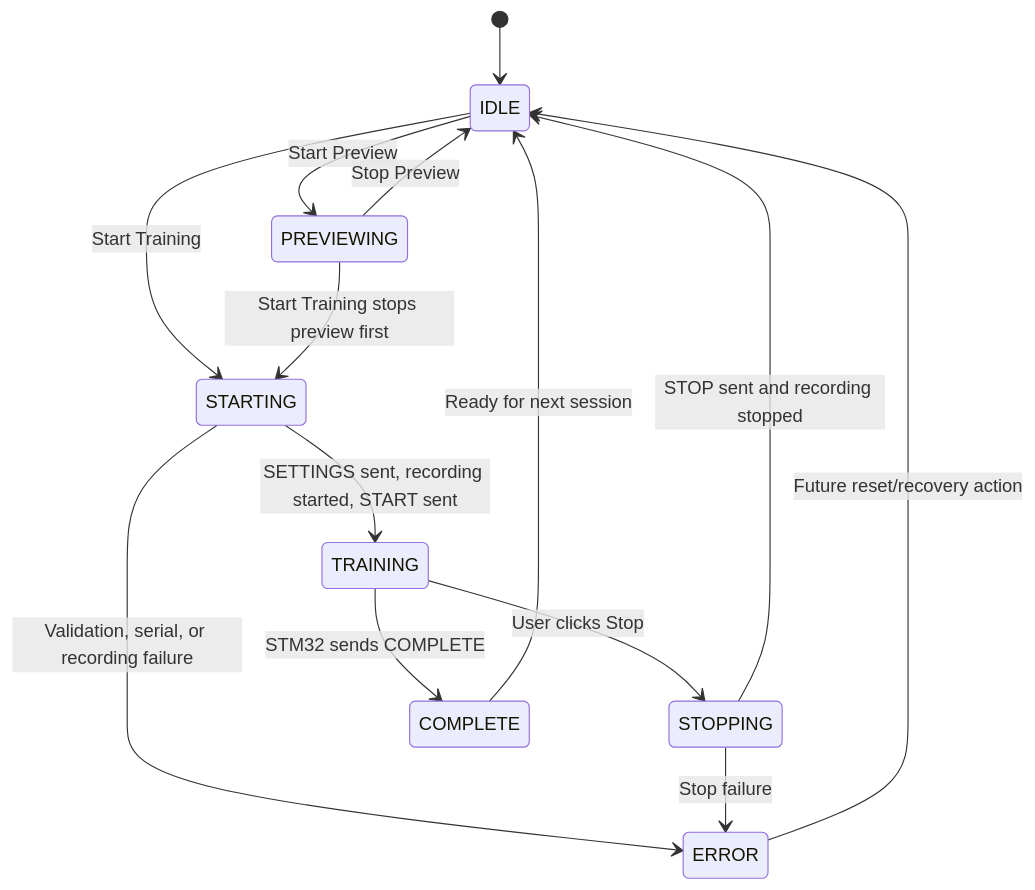
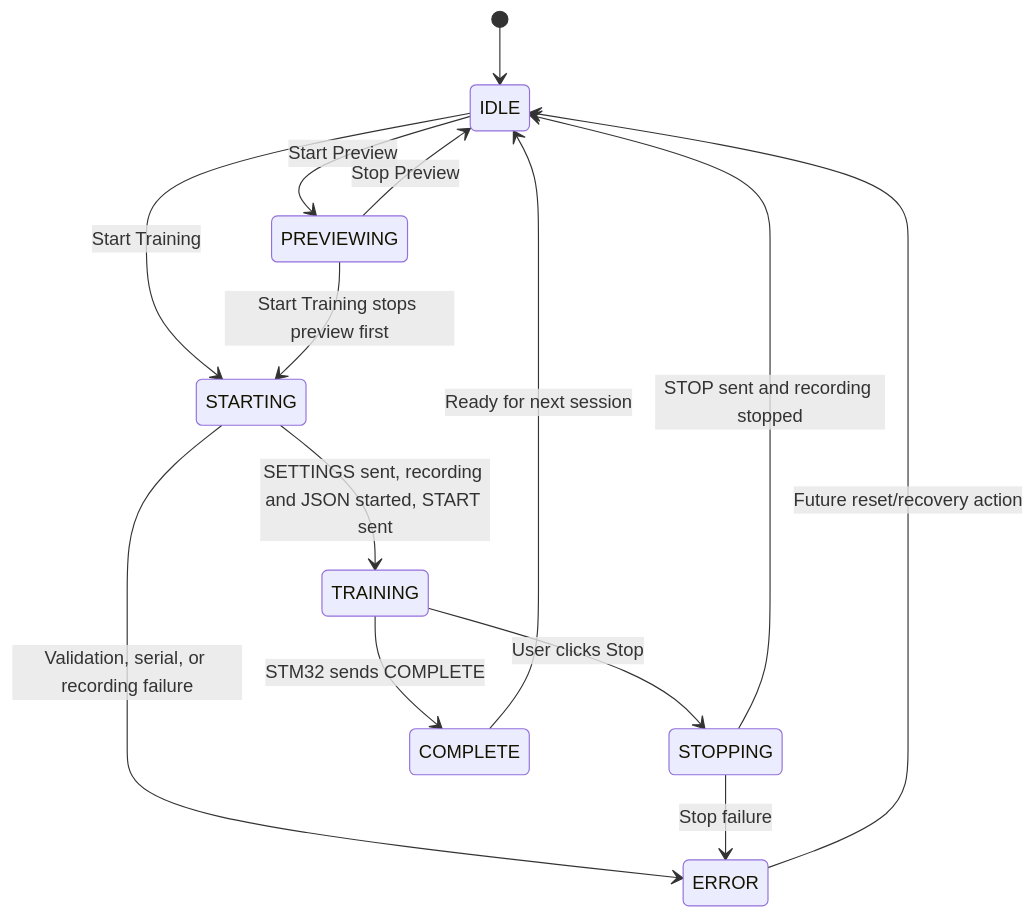
The third of 3 diagrams in jetson/docs/training_workflow.md (CoulterRolph/Capstone_Opencv), drawn with Mermaid before and after one commit. The commit also changed other lines of this file and 9 other files, not shown here.

````diff
--- a/jetson/docs/training_workflow.md
+++ b/jetson/docs/training_workflow.md
@@ -213,22 +249,22 @@
 ```mermaid
 stateDiagram-v2
     [*] --> IDLE
 
     IDLE --> PREVIEWING: Start Preview
     PREVIEWING --> IDLE: Stop Preview
 
     IDLE --> STARTING: Start Training
     PREVIEWING --> STARTING: Start Training stops preview first
 
-    STARTING --> TRAINING: SETTINGS sent, recording started, START sent
+    STARTING --> TRAINING: SETTINGS sent, recording and JSON started, START sent
     STARTING --> ERROR: Validation, serial, or recording failure
 
     TRAINING --> STOPPING: User clicks Stop
     STOPPING --> IDLE: STOP sent and recording stopped
     STOPPING --> ERROR: Stop failure
 
     TRAINING --> COMPLETE: STM32 sends COMPLETE
     COMPLETE --> IDLE: Ready for next session
 
     ERROR --> IDLE: Future reset/recovery action
 ```
````
